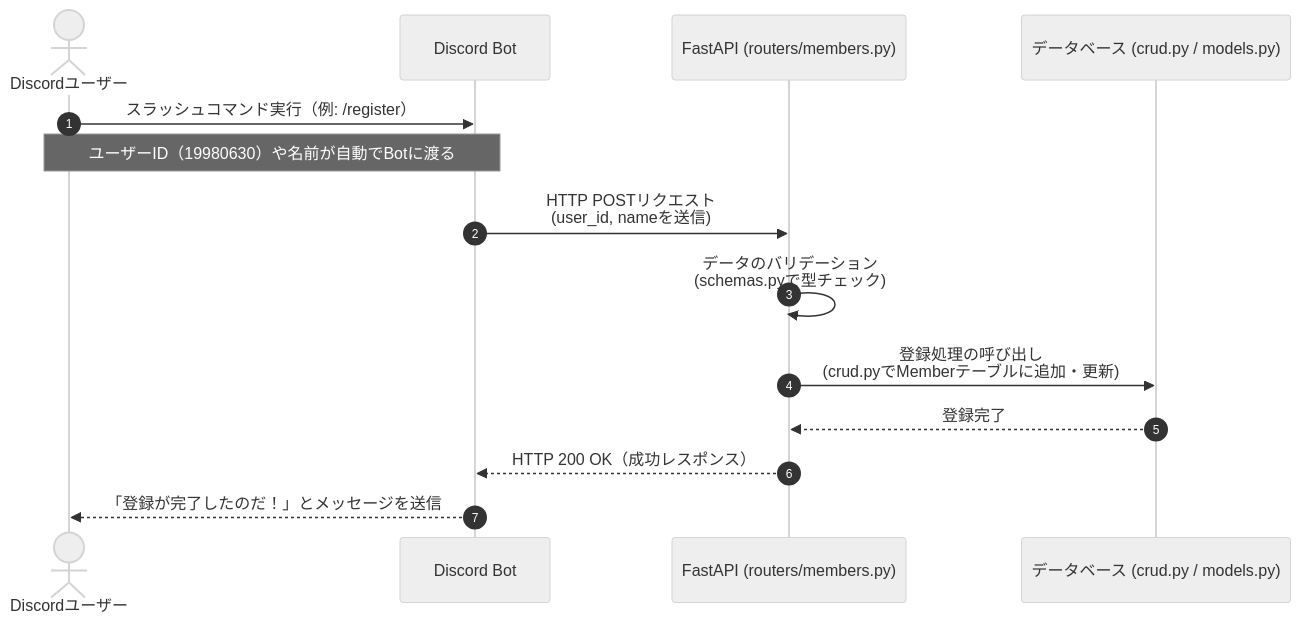
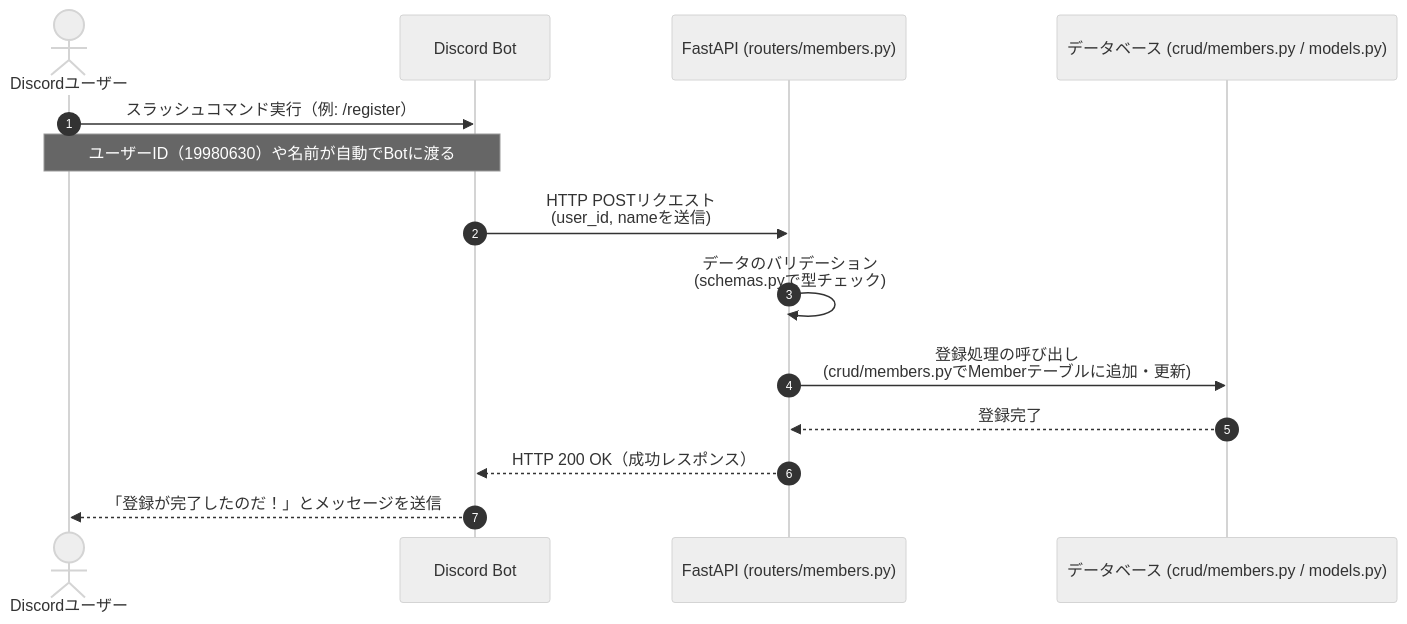
Before and after one commit to rabin0630/DiscordWorkLogger: the diagram in docs/user_registration_sequence.md, drawn with Mermaid (neutral theme). The commit also changed 7 other files, not shown here.

Commit message:
refactor: データアクセス層をフォルダとして明確にするため、crud.pyをcrud/members.pyとcrud/attendance.pyに分割

````diff
--- a/docs/user_registration_sequence.md
+++ b/docs/user_registration_sequence.md
@@ -7,23 +7,23 @@
 ```mermaid
 sequenceDiagram
     autonumber
     actor User as Discordユーザー
     participant Bot as Discord Bot
     participant API as FastAPI (routers/members.py)
-    participant DB as データベース (crud.py / models.py)
+    participant DB as データベース (crud/members.py / models.py)
 
     User->>Bot: スラッシュコマンド実行（例: /register）
     note over User, Bot: ユーザーID（19980630）や名前が自動でBotに渡る
     
     Bot->>API: HTTP POSTリクエスト<br/>(user_id, nameを送信)
     
     API->>API: データのバリデーション<br/>(schemas.pyで型チェック)
     
-    API->>DB: 登録処理の呼び出し<br/>(crud.pyでMemberテーブルに追加・更新)
+    API->>DB: 登録処理の呼び出し<br/>(crud/members.pyでMemberテーブルに追加・更新)
     
     DB-->>API: 登録完了
     
     API-->>Bot: HTTP 200 OK（成功レスポンス）
     
     Bot-->>User: 「登録が完了したのだ！」とメッセージを送信
 ```
````
